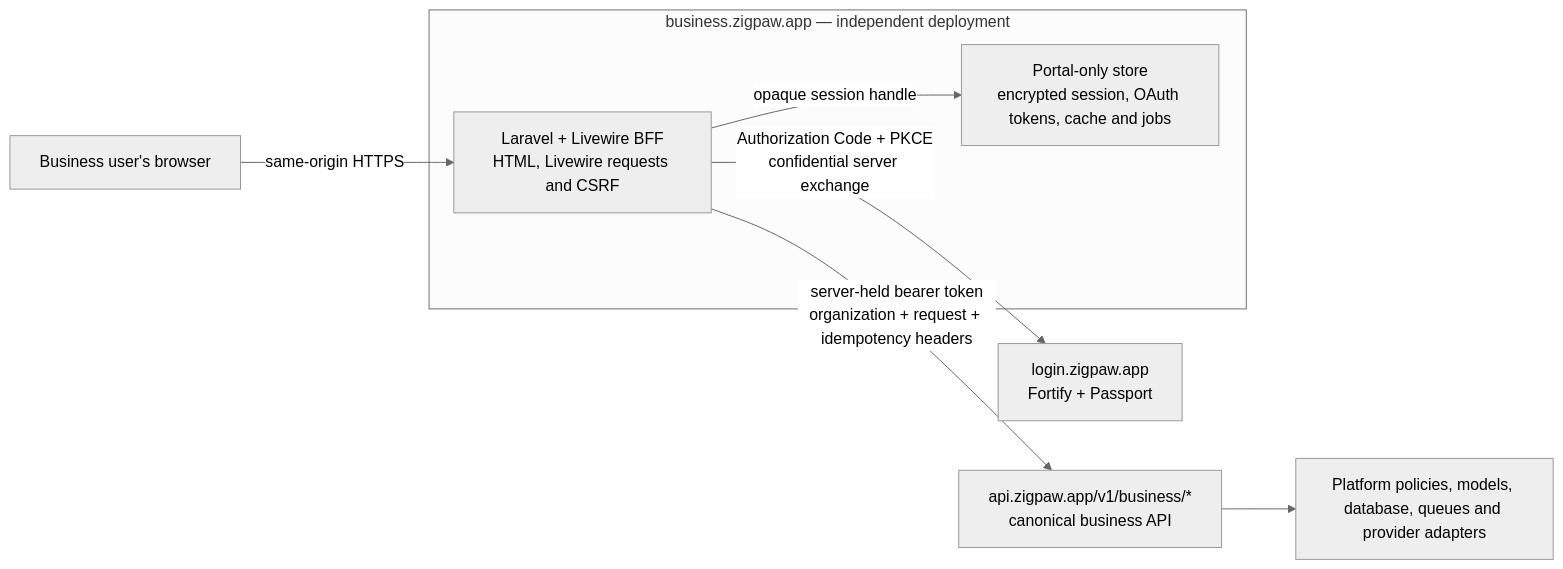
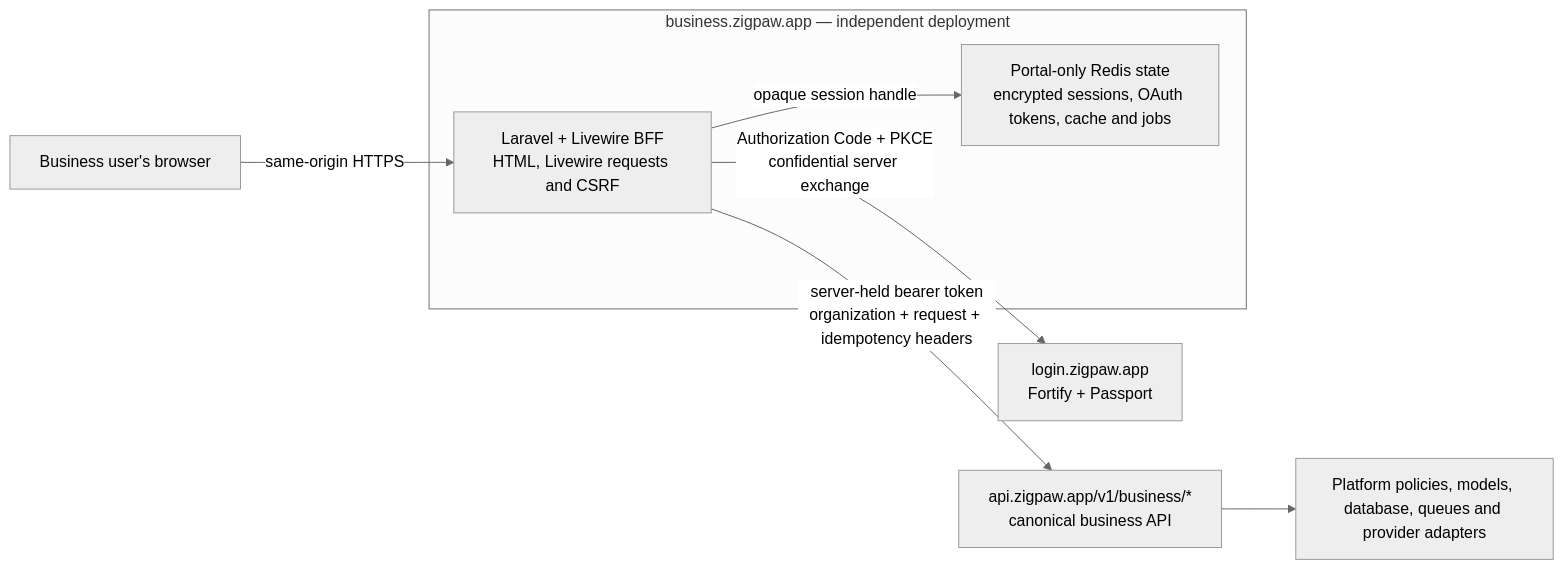
Before and after one commit to boreanis/zigpaw-business: the third of 4 diagrams in README.md, drawn with Mermaid (neutral theme). The commit also changed other lines of this file and 81 other files, not shown here.

````diff
--- a/README.md
+++ b/README.md
@@ -64,19 +64,19 @@
 ```mermaid
 flowchart LR
     Browser["Business user's browser"]
 
     subgraph BusinessOrigin["business.zigpaw.app — independent deployment"]
         UI["Laravel + Livewire BFF<br/>HTML, Livewire requests and CSRF"]
-        LocalState["Portal-only store<br/>encrypted session, OAuth tokens, cache and jobs"]
+        LocalState["Portal-only Redis state<br/>encrypted sessions, OAuth tokens, cache and jobs"]
         UI -->|"opaque session handle"| LocalState
     end
 
     Identity["login.zigpaw.app<br/>Fortify + Passport"]
     API["api.zigpaw.app/v1/business/*<br/>canonical business API"]
     Platform["Platform policies, models, database, queues and provider adapters"]
 
     Browser -->|"same-origin HTTPS"| UI
     UI -->|"Authorization Code + PKCE<br/>confidential server exchange"| Identity
     UI -->|"server-held bearer token<br/>organization + request + idempotency headers"| API
     API --> Platform
 ```
````
